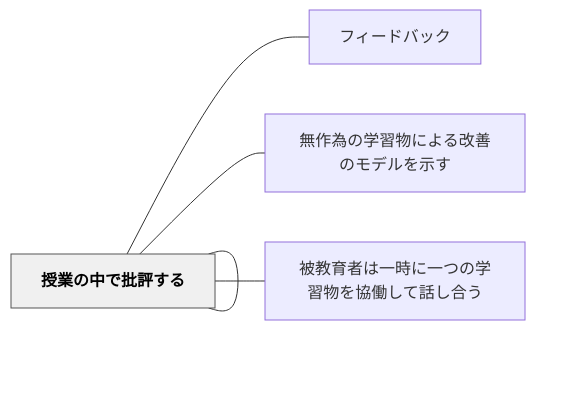
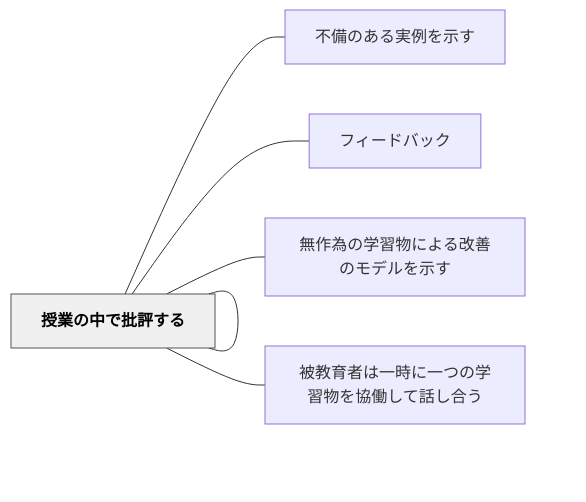
One commit to unknownthings-ed-patterns/unknownthings-ed-patterns changed the diagram in content/パタン/授業中の学習のストップ（批評）.md. Above: the diagram before and after it, drawn with Mermaid. The commit also changed other lines of this file and 473 other files, not shown here.

````diff
--- a/content/パタン/授業中の学習のストップ（批評）.md
+++ b/content/パタン/授業中の学習のストップ（批評）.md
@@ -52,16 +53,18 @@
 ```mermaid
 flowchart LR
     ne68e88e6a5ad["授業中の学習のストップ（批評）"]
+    ne4b88de58299["不備のある実例を示す"]
     ne38395e382a3["フィードバック"]
     ne68e88e6a5ad["授業の中で批評する"]
     ne784a1e4bd9c["無作為の学習物による改善のモデルを示す"]
     ne8a2abe69599["被教育者は一時に一つの学習物を協働して話し合う"]
 
+    ne68e88e6a5ad --- ne4b88de58299
     ne68e88e6a5ad --- ne38395e382a3
     ne68e88e6a5ad --- ne68e88e6a5ad
     ne68e88e6a5ad --- ne784a1e4bd9c
     ne68e88e6a5ad --- ne8a2abe69599
 
     classDef hub fill:#f0f0f0,stroke:#555,color:#000,font-weight:bold
     class ne68e88e6a5ad hub
 ```
````
